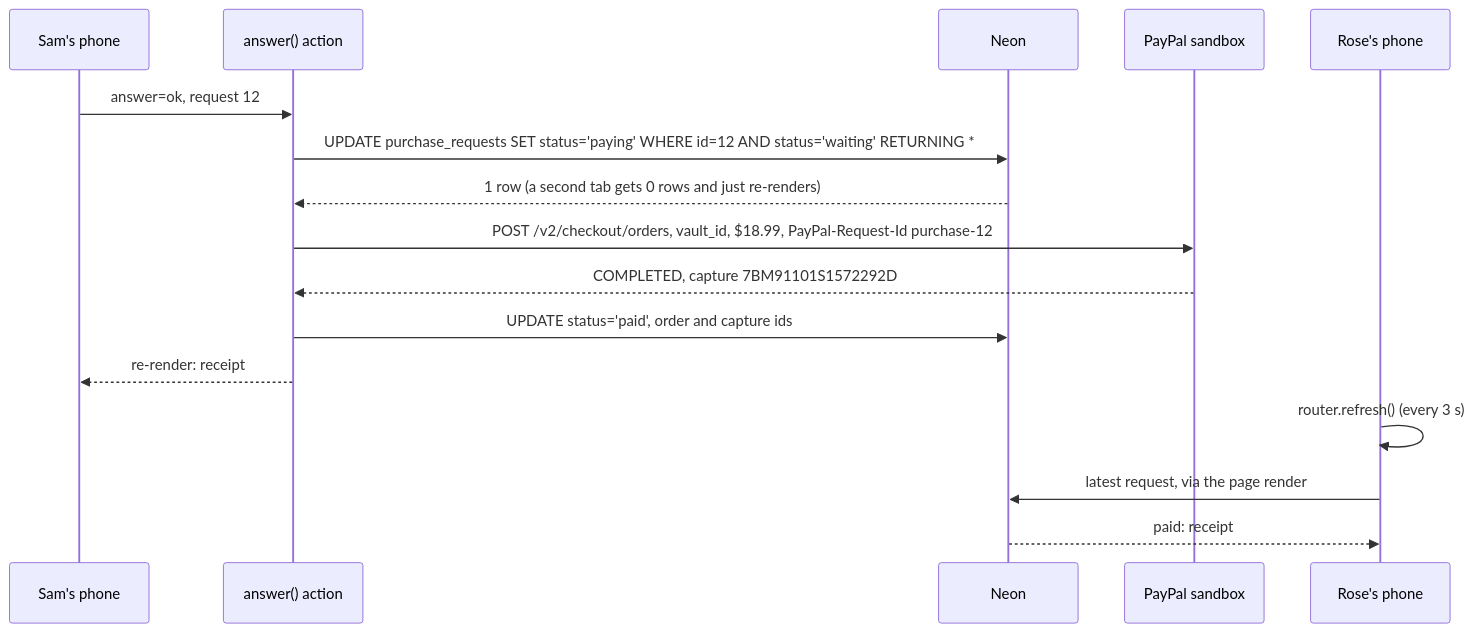
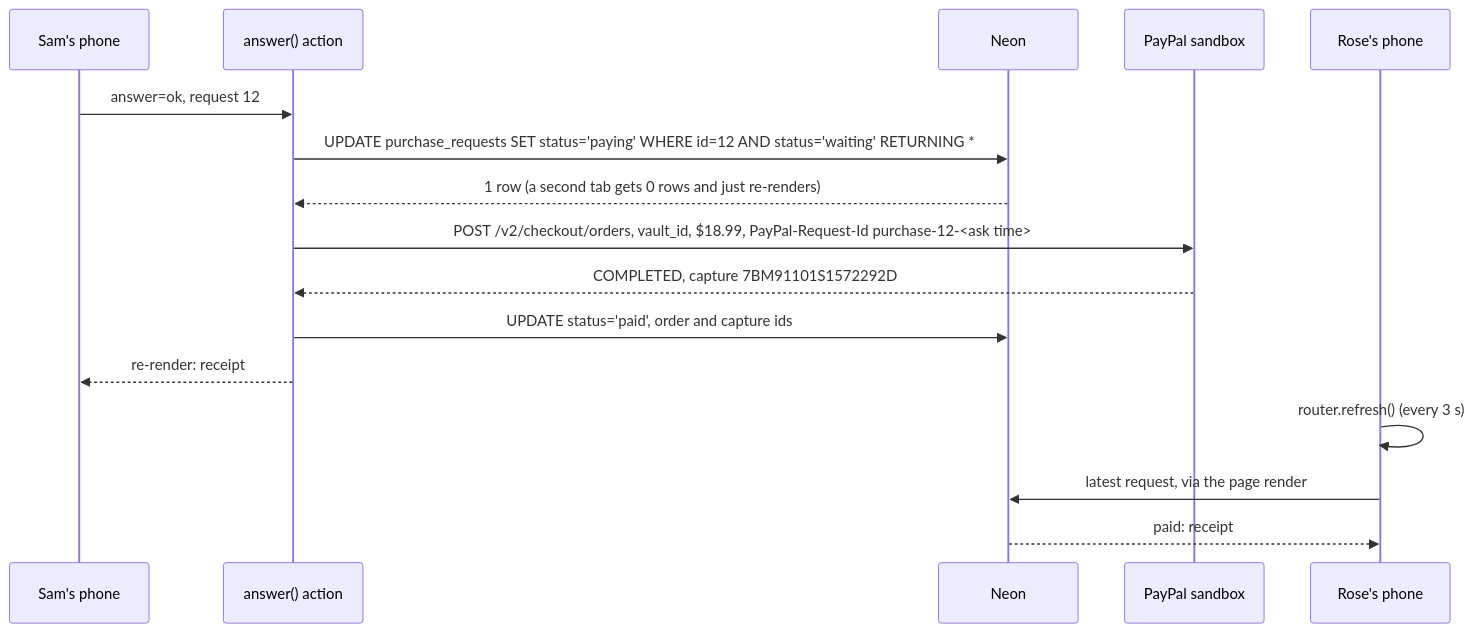
The fifth of 8 diagrams in docs/specs/approve-and-pay.md (dzaffren/kincart), drawn with Mermaid before and after one commit. The commit also changed other lines of this file and 6 other files, not shown here.

First line of the commit message:
fix(shop): key each PayPal charge by request ID and ask time

````diff
--- a/docs/specs/approve-and-pay.md
+++ b/docs/specs/approve-and-pay.md
@@ -218,18 +218,18 @@
 ```mermaid
 sequenceDiagram
     participant S as Sam's phone
     participant A as answer() action
     participant D as Neon
     participant P as PayPal sandbox
     participant R as Rose's phone
     S->>A: answer=ok, request 12
     A->>D: UPDATE purchase_requests SET status='paying' WHERE id=12 AND status='waiting' RETURNING *
     D-->>A: 1 row (a second tab gets 0 rows and just re-renders)
-    A->>P: POST /v2/checkout/orders, vault_id, $18.99, PayPal-Request-Id purchase-12
+    A->>P: POST /v2/checkout/orders, vault_id, $18.99, PayPal-Request-Id purchase-12-<ask time>
     P-->>A: COMPLETED, capture 7BM91101S1572292D
     A->>D: UPDATE status='paid', order and capture ids
     A-->>S: re-render: receipt
     R->>R: router.refresh() (every 3 s)
     R->>D: latest request, via the page render
     D-->>R: paid: receipt
 ```
````
